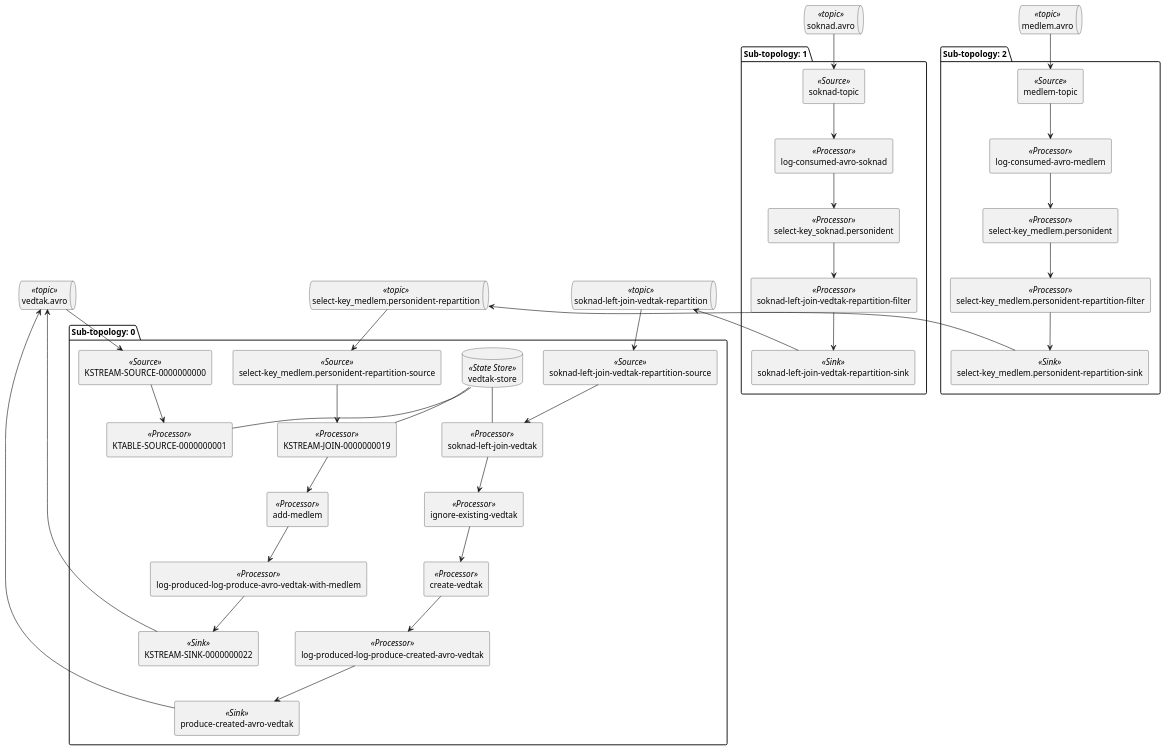
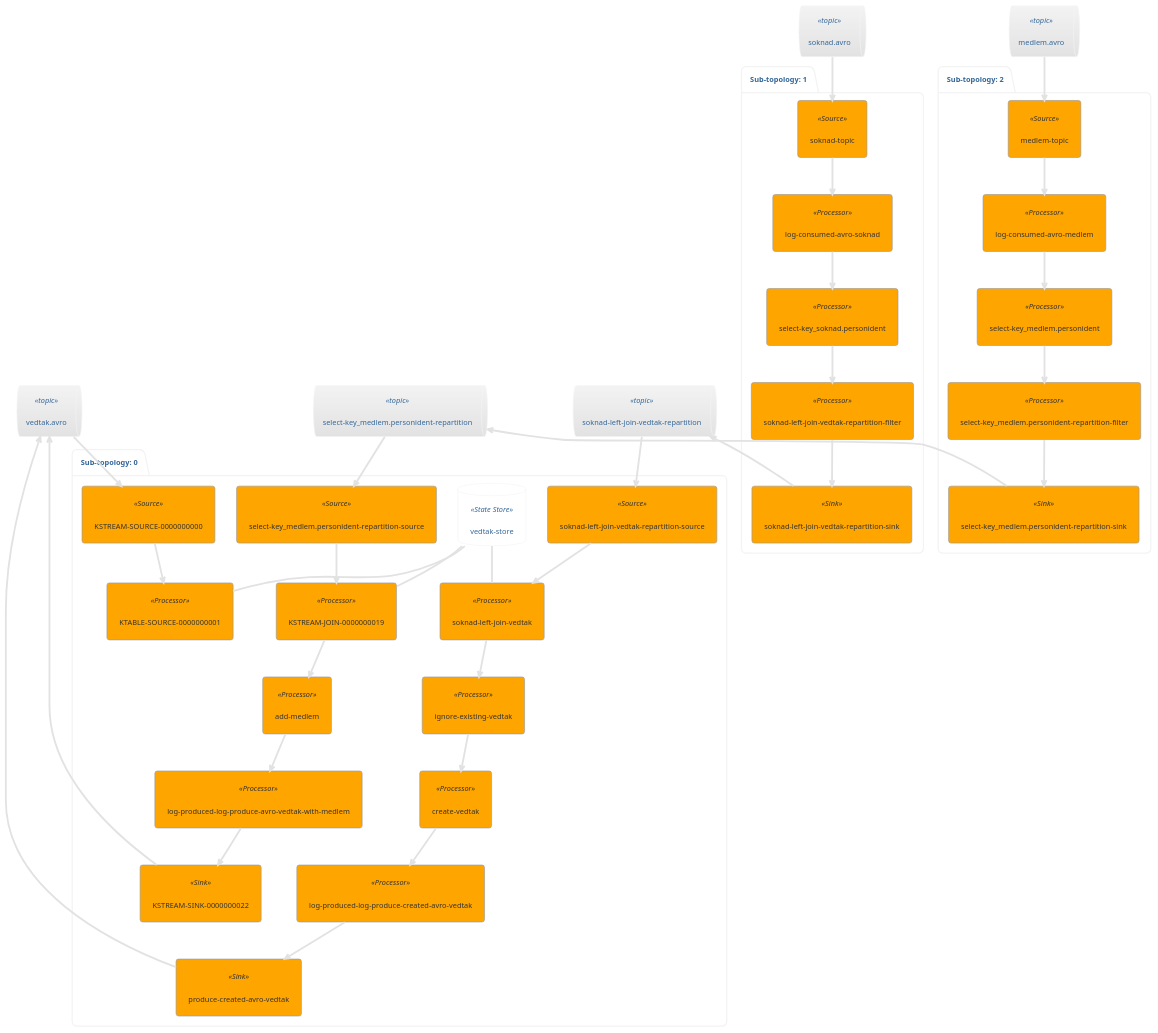
One commit to rtc11/poc changed the diagram in app/kafka-streams-avro/topology.puml. Above: the diagram before and after it, drawn with PlantUML. The commit also changed other lines of this file and 6 other files, not shown here.

```diff
--- a/app/kafka-streams-avro/topology.puml
+++ b/app/kafka-streams-avro/topology.puml
@@ -2,67 +1,68 @@
 @startuml
+!theme lightgray
 queue "vedtak.avro" <<topic>> as vedtak_avro
 queue "soknad-left-join-vedtak-repartition" <<topic>> as soknad_left_join_vedtak_repartition
 queue "select-key_medlem.personident-repartition" <<topic>> as select_key_medlem_personident_repartition
 queue "soknad.avro" <<topic>> as soknad_avro
 queue "medlem.avro" <<topic>> as medlem_avro
 package "Sub-topology: 0" {
 	database "vedtak-store" <<State Store>> as vedtak_store
 	agent "soknad-left-join-vedtak-repartition-source" <<Source>> as soknad_left_join_vedtak_repartition_source
 	agent "select-key_medlem.personident-repartition-source" <<Source>> as select_key_medlem_personident_repartition_source
 	agent "soknad-left-join-vedtak" <<Processor>> as soknad_left_join_vedtak
 	agent "KSTREAM-JOIN-0000000019" <<Processor>> as KSTREAM_JOIN_0000000019
 	agent "ignore-existing-vedtak" <<Processor>> as ignore_existing_vedtak
 	agent "add-medlem" <<Processor>> as add_medlem
 	agent "create-vedtak" <<Processor>> as create_vedtak
 	agent "KSTREAM-SOURCE-0000000000" <<Source>> as KSTREAM_SOURCE_0000000000
 	agent "log-produced-log-produce-avro-vedtak-with-medlem" <<Processor>> as log_produced_log_produce_avro_vedtak_with_medlem
 	agent "log-produced-log-produce-created-avro-vedtak" <<Processor>> as log_produced_log_produce_created_avro_vedtak
 	agent "KSTREAM-SINK-0000000022" <<Sink>> as KSTREAM_SINK_0000000022
 	agent "KTABLE-SOURCE-0000000001" <<Processor>> as KTABLE_SOURCE_0000000001
 	agent "produce-created-avro-vedtak" <<Sink>> as produce_created_avro_vedtak
 	soknad_left_join_vedtak_repartition --> soknad_left_join_vedtak_repartition_source
 	select_key_medlem_personident_repartition --> select_key_medlem_personident_repartition_source
 	vedtak_store -- soknad_left_join_vedtak
 	vedtak_store -- KSTREAM_JOIN_0000000019
 	vedtak_avro --> KSTREAM_SOURCE_0000000000
 	vedtak_avro <-- KSTREAM_SINK_0000000022
 	vedtak_store -- KTABLE_SOURCE_0000000001
 	vedtak_avro <-- produce_created_avro_vedtak
 	soknad_left_join_vedtak_repartition_source --> soknad_left_join_vedtak
 	select_key_medlem_personident_repartition_source --> KSTREAM_JOIN_0000000019
 	soknad_left_join_vedtak --> ignore_existing_vedtak
 	KSTREAM_JOIN_0000000019 --> add_medlem
 	ignore_existing_vedtak --> create_vedtak
 	add_medlem --> log_produced_log_produce_avro_vedtak_with_medlem
 	create_vedtak --> log_produced_log_produce_created_avro_vedtak
 	KSTREAM_SOURCE_0000000000 --> KTABLE_SOURCE_0000000001
 	log_produced_log_produce_avro_vedtak_with_medlem --> KSTREAM_SINK_0000000022
 	log_produced_log_produce_created_avro_vedtak --> produce_created_avro_vedtak
 }
 package "Sub-topology: 1" {
 	agent "soknad-topic" <<Source>> as soknad_topic
 	agent "log-consumed-avro-soknad" <<Processor>> as log_consumed_avro_soknad
 	agent "select-key_soknad.personident" <<Processor>> as select_key_soknad_personident
 	agent "soknad-left-join-vedtak-repartition-filter" <<Processor>> as soknad_left_join_vedtak_repartition_filter
 	agent "soknad-left-join-vedtak-repartition-sink" <<Sink>> as soknad_left_join_vedtak_repartition_sink
 	soknad_avro --> soknad_topic
 	soknad_left_join_vedtak_repartition <-- soknad_left_join_vedtak_repartition_sink
 	soknad_topic --> log_consumed_avro_soknad
 	log_consumed_avro_soknad --> select_key_soknad_personident
 	select_key_soknad_personident --> soknad_left_join_vedtak_repartition_filter
 	soknad_left_join_vedtak_repartition_filter --> soknad_left_join_vedtak_repartition_sink
 }
 package "Sub-topology: 2" {
 	agent "medlem-topic" <<Source>> as medlem_topic
 	agent "log-consumed-avro-medlem" <<Processor>> as log_consumed_avro_medlem
 	agent "select-key_medlem.personident" <<Processor>> as select_key_medlem_personident
 	agent "select-key_medlem.personident-repartition-filter" <<Processor>> as select_key_medlem_personident_repartition_filter
 	agent "select-key_medlem.personident-repartition-sink" <<Sink>> as select_key_medlem_personident_repartition_sink
 	medlem_avro --> medlem_topic
 	select_key_medlem_personident_repartition <-- select_key_medlem_personident_repartition_sink
 	medlem_topic --> log_consumed_avro_medlem
 	log_consumed_avro_medlem --> select_key_medlem_personident
 	select_key_medlem_personident --> select_key_medlem_personident_repartition_filter
 	select_key_medlem_personident_repartition_filter --> select_key_medlem_personident_repartition_sink
 }
 @enduml
```
